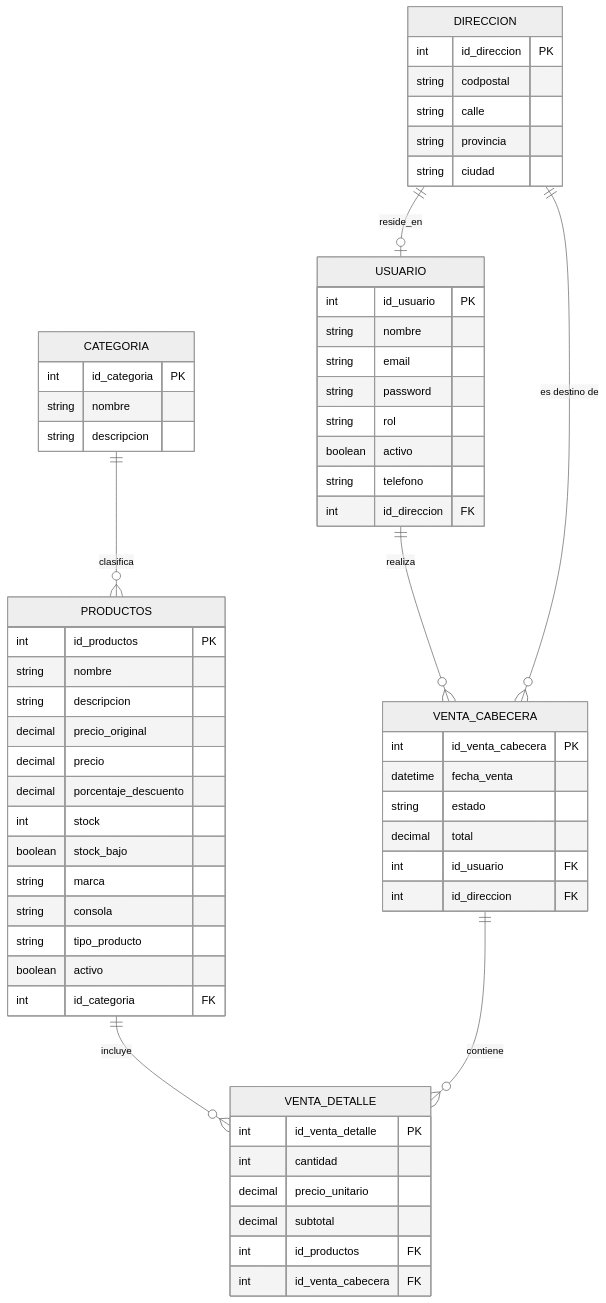
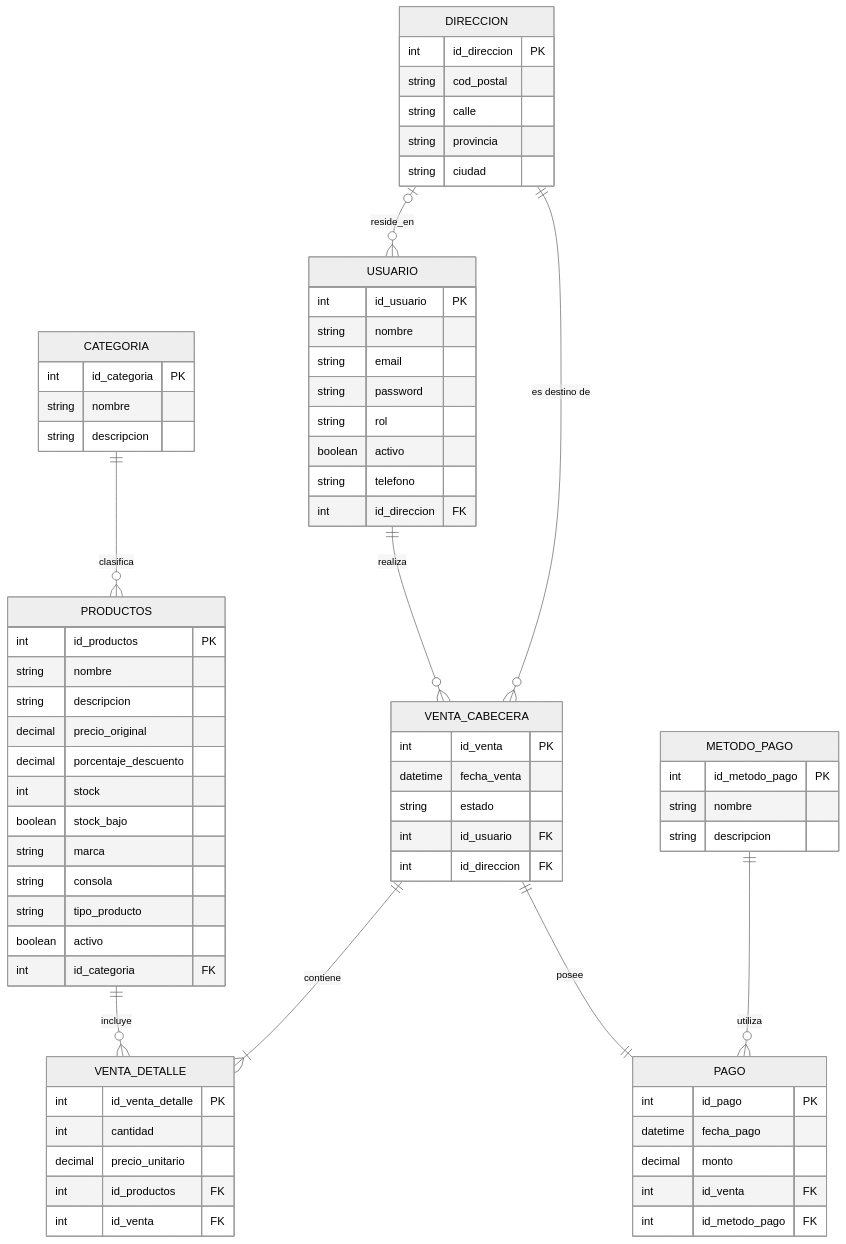
One commit to raftontheshore/proyecto-bd1-equipo_22 changed the diagram in docs/etapa-02/modelo-relacional.md. Above: the diagram before and after it, drawn with Mermaid (neutral theme). The commit also changed other lines of this file and 53 other files, not shown here.

````diff
--- a/docs/etapa-02/modelo-relacional.md
+++ b/docs/etapa-02/modelo-relacional.md
@@ -99,68 +122,81 @@
 ```mermaid
 erDiagram
     CATEGORIA ||--o{ PRODUCTOS : clasifica
     PRODUCTOS ||--o{ VENTA_DETALLE : incluye
-    VENTA_CABECERA ||--o{ VENTA_DETALLE : contiene
+    VENTA_CABECERA ||--|{ VENTA_DETALLE : contiene
     USUARIO ||--o{ VENTA_CABECERA : realiza
     DIRECCION ||--o{ VENTA_CABECERA : "es destino de"
-    DIRECCION ||--o| USUARIO : reside_en
+    DIRECCION |o--o{ USUARIO : reside_en
+    VENTA_CABECERA ||--|| PAGO : posee
+    METODO_PAGO ||--o{ PAGO : utiliza
 
     CATEGORIA {
         int id_categoria PK
         string nombre
         string descripcion
     }
 
     PRODUCTOS {
         int id_productos PK
         string nombre
         string descripcion
         decimal precio_original
-        decimal precio
         decimal porcentaje_descuento
         int stock
         boolean stock_bajo
         string marca
         string consola
         string tipo_producto
         boolean activo
         int id_categoria FK
     }
 
     DIRECCION {
         int id_direccion PK
-        string codpostal
+        string cod_postal
         string calle
         string provincia
         string ciudad
     }
 
     USUARIO {
         int id_usuario PK
         string nombre
         string email
         string password
         string rol
         boolean activo
         string telefono
         int id_direccion FK
     }
 
     VENTA_CABECERA {
-        int id_venta_cabecera PK
+        int id_venta PK
         datetime fecha_venta
         string estado
-        decimal total
         int id_usuario FK
         int id_direccion FK
     }
 
     VENTA_DETALLE {
         int id_venta_detalle PK
         int cantidad
         decimal precio_unitario
-        decimal subtotal
         int id_productos FK
-        int id_venta_cabecera FK
+        int id_venta FK
+    }
+
+    PAGO {
+        int id_pago PK
+        datetime fecha_pago
+        decimal monto
+        int id_venta FK
+        int id_metodo_pago FK
+    }
+
+    METODO_PAGO {
+        int id_metodo_pago PK
+        string nombre
+        string descripcion
     }
 ```
````
